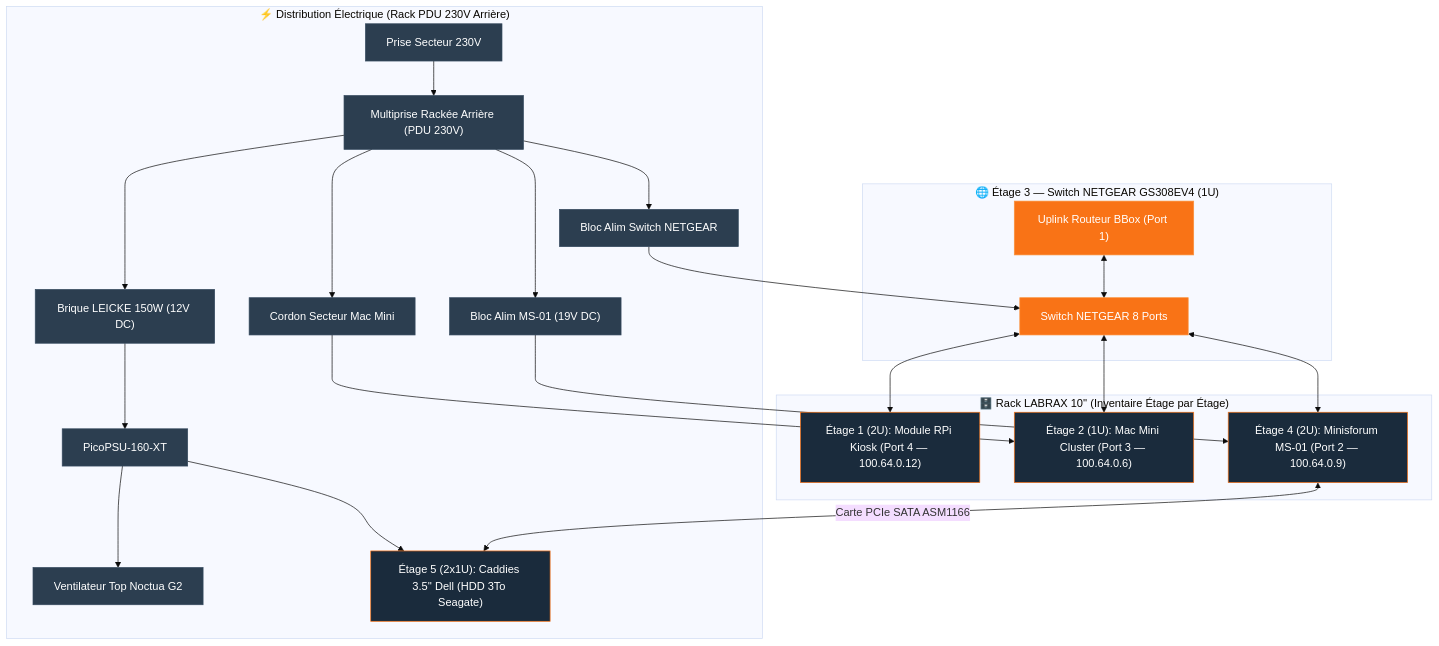
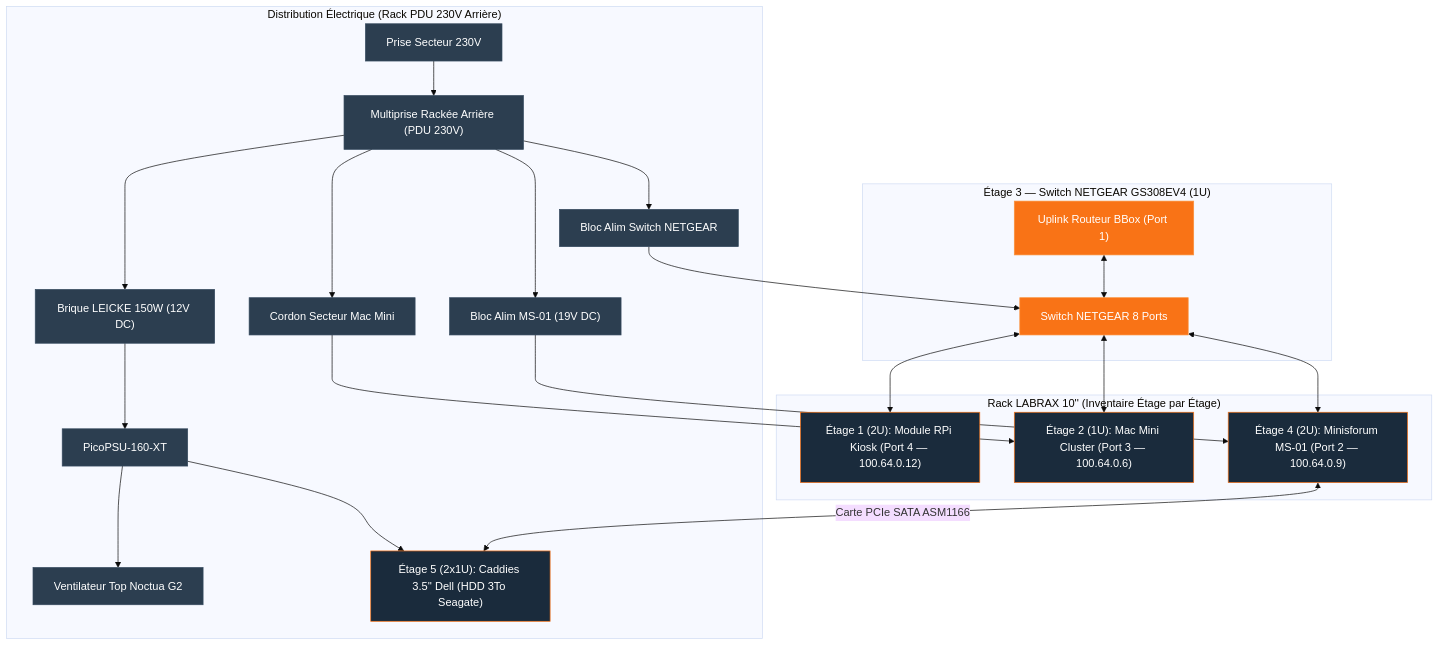
One commit to ims-world/docs changed the diagram in infrastructure/labrax.md. Above: the diagram before and after it, drawn with Mermaid (base theme). The commit also changed other lines of this file and 15 other files, not shown here.

````diff
--- a/infrastructure/labrax.md
+++ b/infrastructure/labrax.md
@@ -62,54 +60,54 @@
 ```mermaid
 graph TB
-    subgraph POWER_DIST ["⚡ Distribution Électrique (Rack PDU 230V Arrière)"]
+    subgraph POWER_DIST [" Distribution Électrique (Rack PDU 230V Arrière)"]
         SECTEUR["Prise Secteur 230V"]
         PDU["Multiprise Rackée Arrière (PDU 230V)"]
         
         LEICKE["Brique LEICKE 150W (12V DC)"]
         PICO["PicoPSU-160-XT"]
         FAN["Ventilateur Top Noctua G2"]
         
         ALIM_SWITCH["Bloc Alim Switch NETGEAR"]
         ALIM_MS01["Bloc Alim MS-01 (19V DC)"]
         ALIM_MAC["Cordon Secteur Mac Mini"]
 
         SECTEUR --> PDU
         PDU --> LEICKE
         LEICKE --> PICO
         PICO --> FAN
         PICO --> HDD_DISKS
 
         PDU --> ALIM_SWITCH
         PDU --> ALIM_MS01
         PDU --> ALIM_MAC
     end
 
-    subgraph SWITCH ["🌐 Étage 3 — Switch NETGEAR GS308EV4 (1U)"]
+    subgraph SWITCH [" Étage 3 — Switch NETGEAR GS308EV4 (1U)"]
         NETGEAR["Switch NETGEAR 8 Ports"]
         BBOX["Uplink Routeur BBox (Port 1)"]
         BBOX <--> NETGEAR
         ALIM_SWITCH --> NETGEAR
     end
 
-    subgraph SLOTS ["🗄️ Rack LABRAX 10'' (Inventaire Étage par Étage)"]
+    subgraph SLOTS [" Rack LABRAX 10'' (Inventaire Étage par Étage)"]
         RPI["Étage 1 (2U): Module RPi Kiosk (Port 4 — 100.64.0.12)"]
         MAC_MINI["Étage 2 (1U): Mac Mini Cluster (Port 3 — 100.64.0.6)"]
         MS01["Étage 4 (2U): Minisforum MS-01 (Port 2 — 100.64.0.9)"]
         HDD_DISKS["Étage 5 (2x1U): Caddies 3.5'' Dell (HDD 3To Seagate)"]
     end
 
     ALIM_MS01 --> MS01
     ALIM_MAC --> MAC_MINI
 
     NETGEAR <--> MS01
     NETGEAR <--> MAC_MINI
     NETGEAR <--> RPI
     MS01 <-->|Carte PCIe SATA ASM1166| HDD_DISKS
 
     classDef pwr fill:#2c3e50,stroke:#34495e,color:#fff;
     classDef net fill:#F97316,stroke:#FB923C,color:#fff;
     classDef node fill:#1a2b3c,stroke:#F97316,color:#fff;
     class SECTEUR,PDU,LEICKE,PICO,FAN,ALIM_SWITCH,ALIM_MS01,ALIM_MAC pwr;
     class NETGEAR,BBOX net;
     class MS01,MAC_MINI,RPI,HDD_DISKS node;
 ```
````
